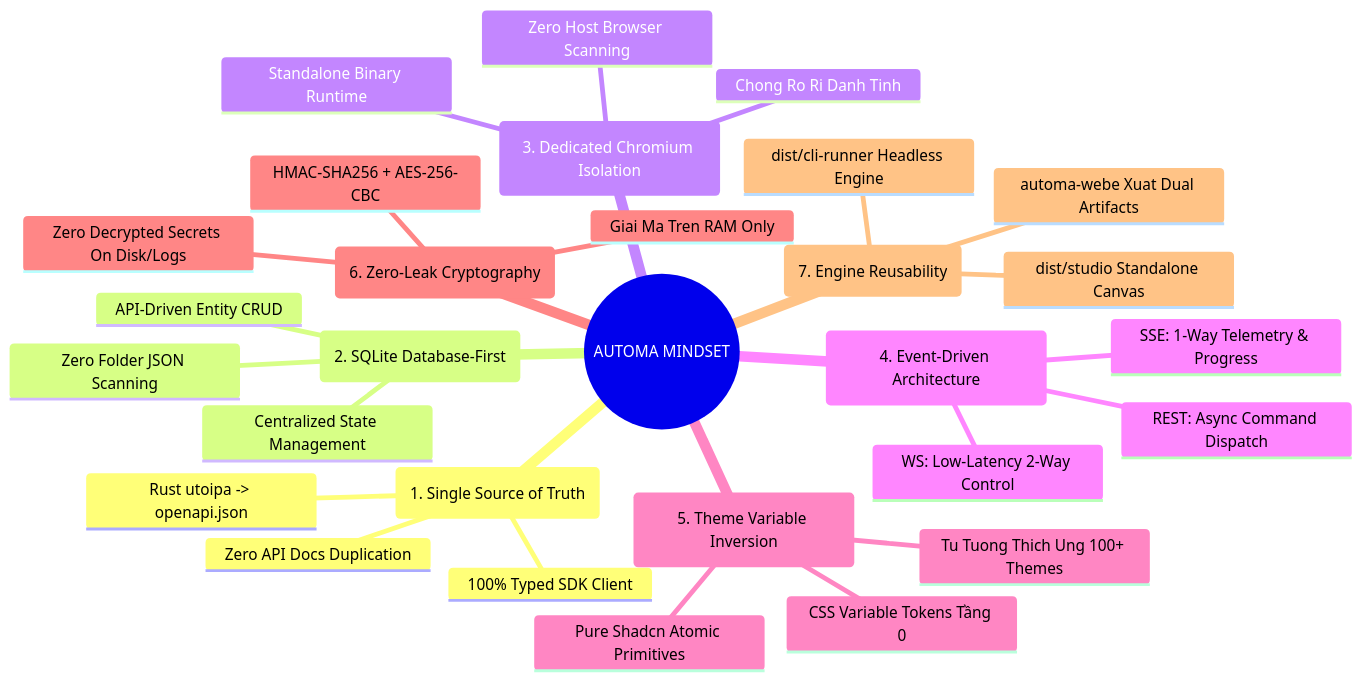
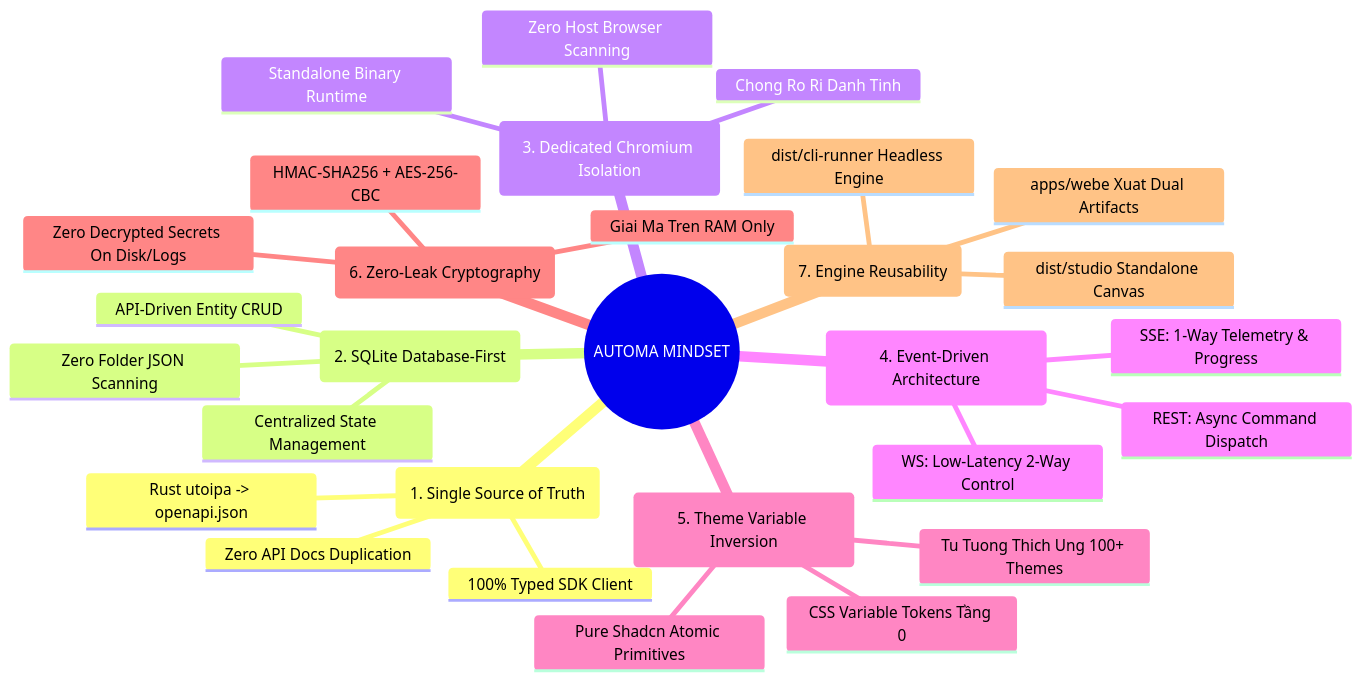
Before and after one commit to tuquet/automa: the first of 2 diagrams in docs/README.md, drawn with Mermaid. The commit also changed other lines of this file and 48 other files, not shown here.

````diff
--- a/docs/README.md
+++ b/docs/README.md
@@ -13,32 +13,32 @@
 ```mermaid
 mindmap
   root((AUTOMA MINDSET))
     (1. Single Source of Truth)
       Rust utoipa -> openapi.json
       Zero API Docs Duplication
       100% Typed SDK Client
     (2. SQLite Database-First)
       Zero Folder JSON Scanning
       Centralized State Management
       API-Driven Entity CRUD
     (3. Dedicated Chromium Isolation)
       Zero Host Browser Scanning
       Standalone Binary Runtime
       Chong Ro Ri Danh Tinh
     (4. Event-Driven Architecture)
       REST: Async Command Dispatch
       SSE: 1-Way Telemetry & Progress
       WS: Low-Latency 2-Way Control
     (5. Theme Variable Inversion)
       Pure Shadcn Atomic Primitives
       CSS Variable Tokens Tầng 0
       Tu Tuong Thich Ung 100+ Themes
     (6. Zero-Leak Cryptography)
       HMAC-SHA256 + AES-256-CBC
       Giai Ma Tren RAM Only
       Zero Decrypted Secrets On Disk/Logs
     (7. Engine Reusability)
-      automa-webe Xuat Dual Artifacts
+      apps/webe Xuat Dual Artifacts
       dist/cli-runner Headless Engine
       dist/studio Standalone Canvas
 ```
````
